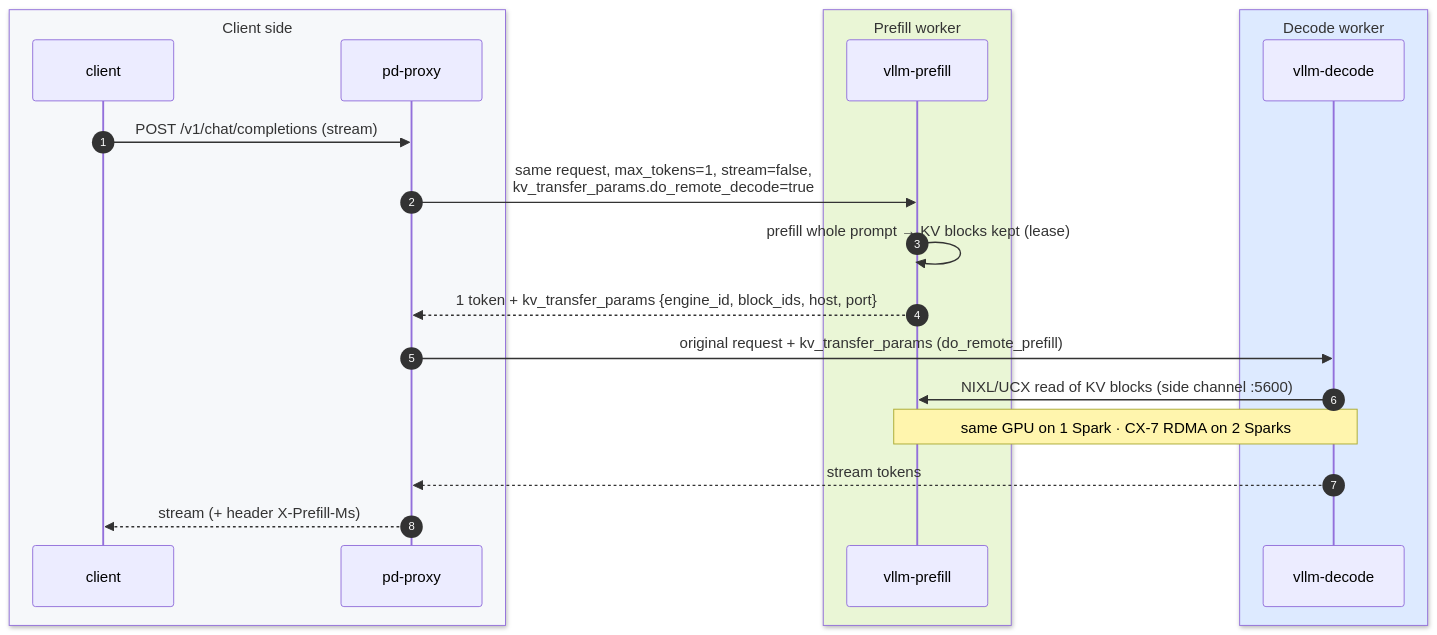
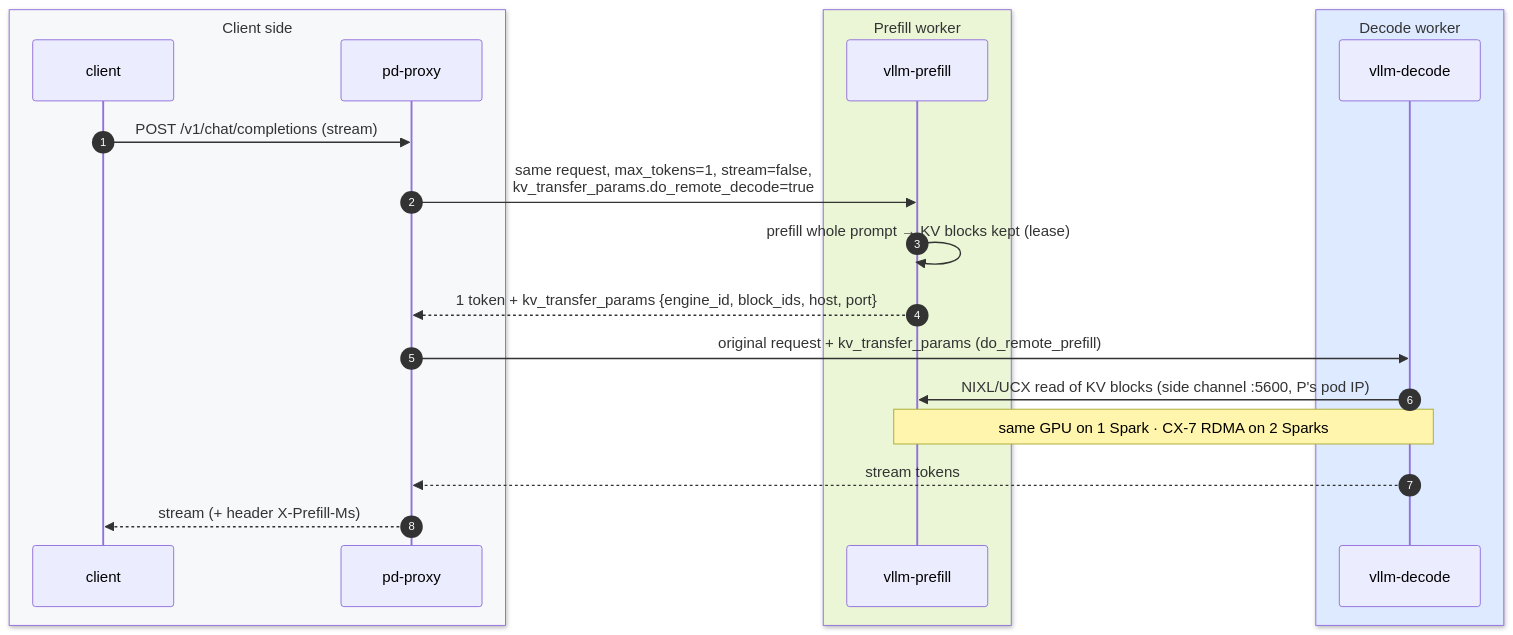
One commit to cloudone365/technical-depth changed the first of 2 diagrams in 02 Kubernetes/24-disaggregated-prefill-and-decode-serving.md. Above: the diagram before and after it, drawn with Mermaid. The commit also changed other lines of this file and 53 other files, not shown here.

````diff
--- a/02 Kubernetes/24-disaggregated-prefill-and-decode-serving.md
+++ b/02 Kubernetes/24-disaggregated-prefill-and-decode-serving.md
@@ -32,23 +33,23 @@
 ```mermaid
 sequenceDiagram
   autonumber
   box rgb(246,248,250) Client side
     participant C as client
     participant X as pd-proxy
   end
   box rgb(234,246,214) Prefill worker
     participant P as vllm-prefill
   end
   box rgb(221,234,255) Decode worker
     participant D as vllm-decode
   end
   C->>X: POST /v1/chat/completions (stream)
   X->>P: same request, max_tokens=1, stream=false,<br/>kv_transfer_params.do_remote_decode=true
   P->>P: prefill whole prompt → KV blocks kept (lease)
   P-->>X: 1 token + kv_transfer_params {engine_id, block_ids, host, port}
   X->>D: original request + kv_transfer_params (do_remote_prefill)
-  D->>P: NIXL/UCX read of KV blocks (side channel :5600)
+  D->>P: NIXL/UCX read of KV blocks (side channel :5600, P's pod IP)
   Note over D,P: same GPU on 1 Spark · CX-7 RDMA on 2 Sparks
   D-->>X: stream tokens
   X-->>C: stream (+ header X-Prefill-Ms)
 ```
````
